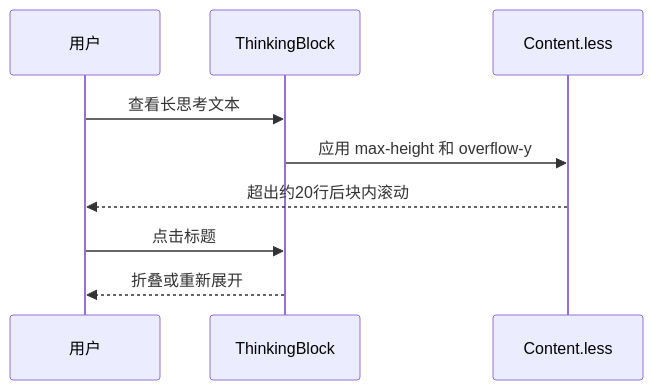
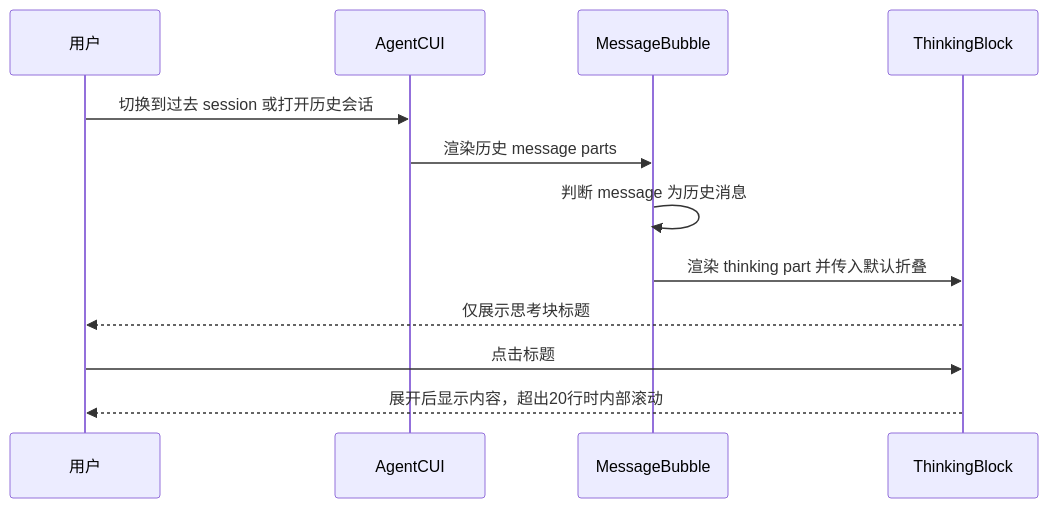
Before and after one commit to Abelsjcheng/skillSDK: the third of 3 diagrams in ai-chat-viewer/docs/plans/2026-06-11-agent-cui-thinking-block-height-plan.md, drawn with Mermaid. The commit also changed other lines of this file and 4 other files, not shown here.

Commit message:
fix(cui): scope thinking auto expand to active messages

````diff
--- a/ai-chat-viewer/docs/plans/2026-06-11-agent-cui-thinking-block-height-plan.md
+++ b/ai-chat-viewer/docs/plans/2026-06-11-agent-cui-thinking-block-height-plan.md
@@ -67,12 +72,15 @@
 ```mermaid
 sequenceDiagram
     participant User as 用户
+    participant Host as AgentCUI
+    participant Bubble as MessageBubble
     participant Thinking as ThinkingBlock
-    participant CSS as Content.less
 
-    User->>Thinking: 查看长思考文本
-    Thinking->>CSS: 应用 max-height 和 overflow-y
-    CSS-->>User: 超出约20行后块内滚动
+    User->>Host: 切换到过去 session 或打开历史会话
+    Host->>Bubble: 渲染历史 message parts
+    Bubble->>Bubble: 判断 message 为历史消息
+    Bubble->>Thinking: 渲染 thinking part 并传入默认折叠
+    Thinking-->>User: 仅展示思考块标题
     User->>Thinking: 点击标题
-    Thinking-->>User: 折叠或重新展开
+    Thinking-->>User: 展开后显示内容，超出20行时内部滚动
 ```
````
